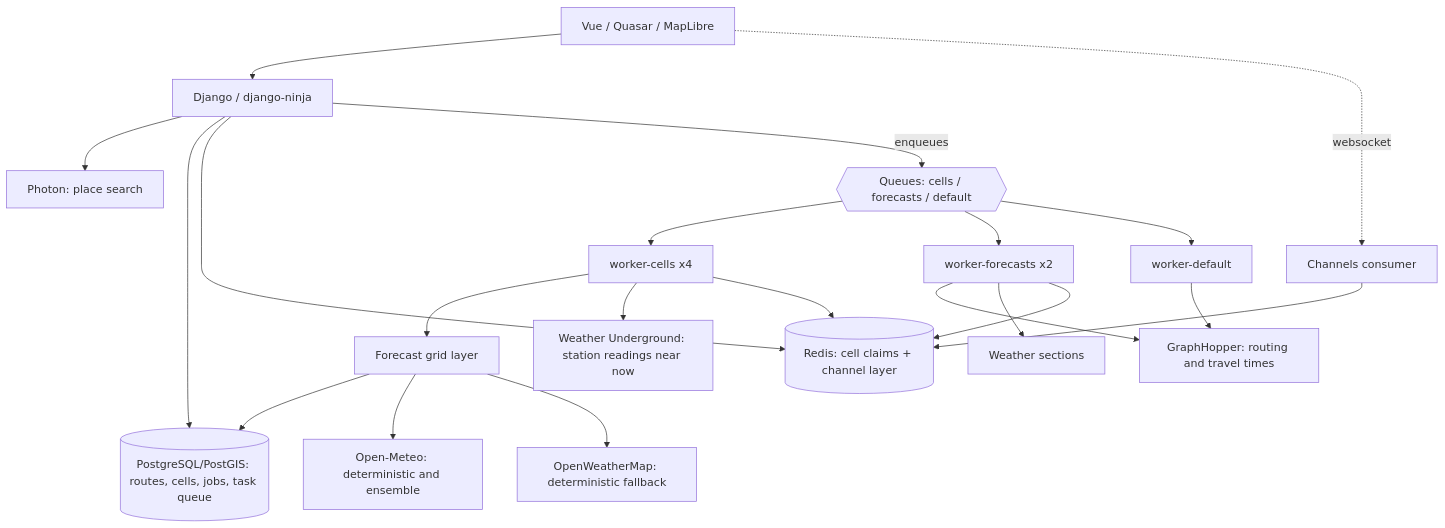
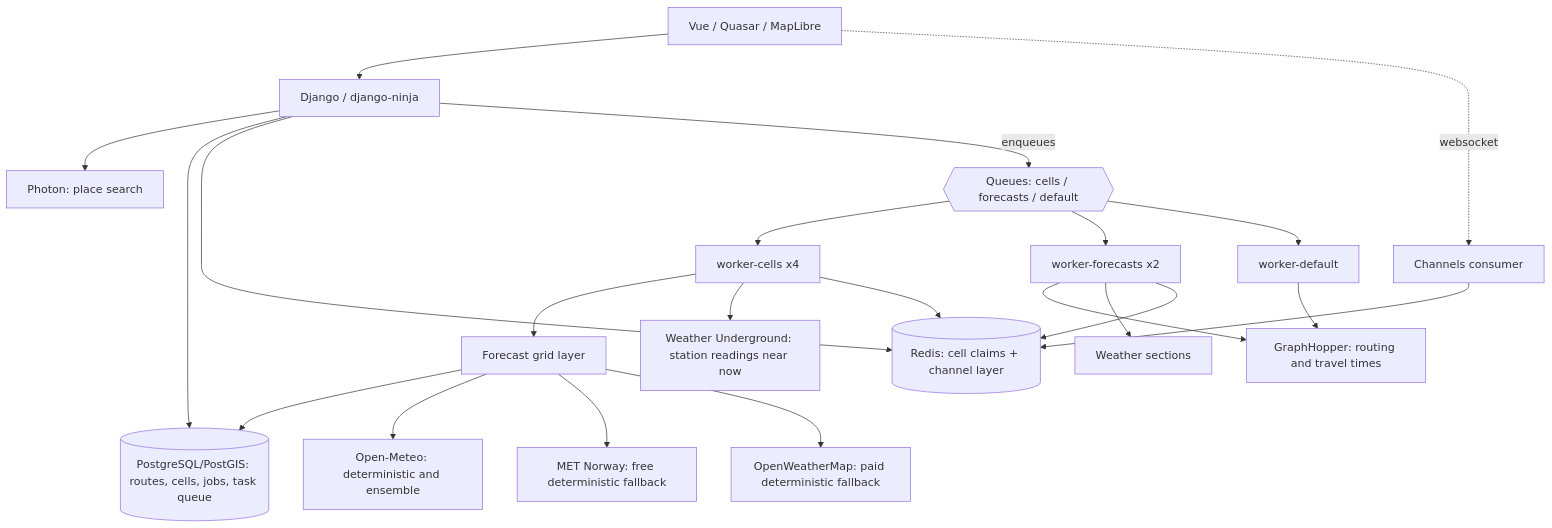
The diagram in docs/explanation/architecture.md (mnboos/norain), drawn with Mermaid before and after one commit. The commit also changed other lines of this file and 28 other files, not shown here.

First line of the commit message:
feat(weather): MET Norway (yr.no) as the free forecast fallback

````diff
--- a/docs/explanation/architecture.md
+++ b/docs/explanation/architecture.md
@@ -7,23 +7,24 @@
 ```mermaid
 flowchart TD
     UI[Vue / Quasar / MapLibre] --> API[Django / django-ninja]
     UI -. websocket .-> WS[Channels consumer]
     API --> Photon[Photon: place search]
     API --> DB[(PostgreSQL/PostGIS: routes, cells, jobs, task queue)]
     API --> Redis[(Redis: cell claims + channel layer)]
     WS --> Redis
     API -- enqueues --> Q{{Queues: cells / forecasts / default}}
     Q --> WC[worker-cells x4]
     Q --> WF[worker-forecasts x2]
     Q --> WD[worker-default]
     WF --> GH[GraphHopper: routing and travel times]
     WD --> GH
     WC --> Grid[Forecast grid layer]
     WF --> Plot[Weather sections]
     Grid --> DB
     Grid --> OM[Open-Meteo: deterministic and ensemble]
-    Grid --> OWM[OpenWeatherMap: deterministic fallback]
+    Grid --> MET[MET Norway: free deterministic fallback]
+    Grid --> OWM[OpenWeatherMap: paid deterministic fallback]
     WC --> WU[Weather Underground: station readings near now]
     WC --> Redis
     WF --> Redis
 ```
````
